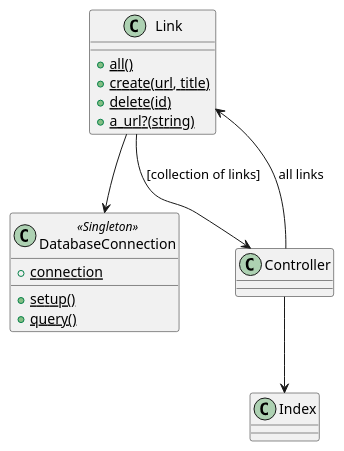
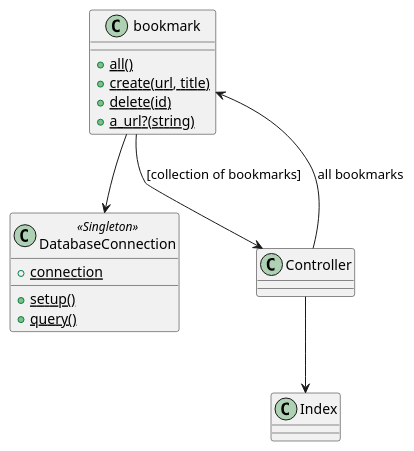
Before and after one commit to meta-morpho-sys/new_bookmark_manager: the diagram in user_stories.puml, drawn with PlantUML. The commit also changed 26 other files, not shown here.

Commit message:
Link renamed to Bookmark.

```diff
--- a/user_stories.puml
+++ b/user_stories.puml
@@ -1,21 +1,21 @@
 @startuml
 
-class Link {
+class bookmark {
     +{static} all()
     +{static} create(url, title)
     +{static} delete(id)
     +{static} a_url?(string)
 }
 
 class DatabaseConnection <<Singleton>>  {
     +{static} connection
     +{static} setup()
     +{static} query()
 }
 
-Controller --> Link: all links
+Controller --> bookmark: all bookmarks
 Controller --> Index
-Link --> Controller: [collection of links]
-Link --> DatabaseConnection
+bookmark --> Controller: [collection of bookmarks]
+bookmark --> DatabaseConnection
 
 @enduml
```
